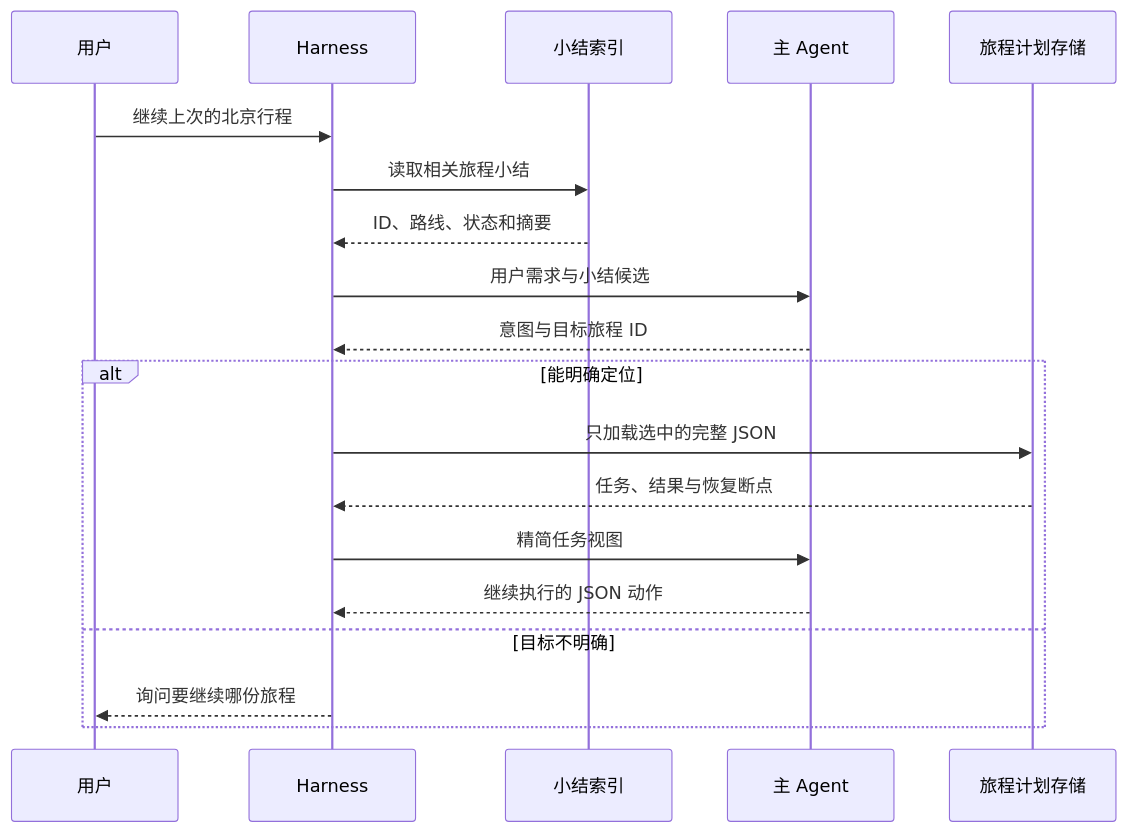
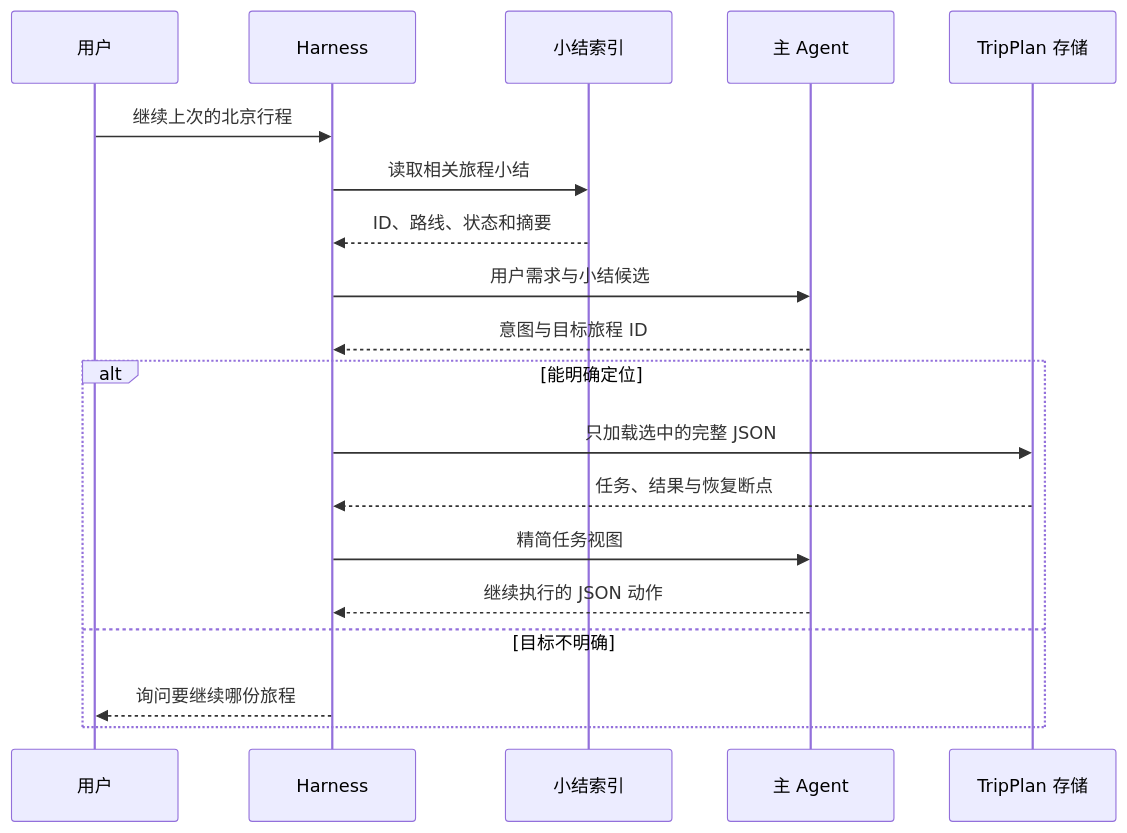
Before and after one commit to yzy703050-oss/trip-evidence-agent: the third of 3 diagrams in README.md, drawn with Mermaid. The commit also changed other lines of this file, not shown here.

Commit message:
docs: use TripPlan for the persisted travel object

````diff
--- a/README.md
+++ b/README.md
@@ -84,21 +84,21 @@
 ```mermaid
 sequenceDiagram
     participant U as 用户
     participant H as Harness
     participant S as 小结索引
     participant M as 主 Agent
-    participant W as 旅程计划存储
+    participant W as TripPlan 存储
     U->>H: 继续上次的北京行程
     H->>S: 读取相关旅程小结
     S-->>H: ID、路线、状态和摘要
     H->>M: 用户需求与小结候选
     M-->>H: 意图与目标旅程 ID
     alt 能明确定位
         H->>W: 只加载选中的完整 JSON
         W-->>H: 任务、结果与恢复断点
         H->>M: 精简任务视图
         M-->>H: 继续执行的 JSON 动作
     else 目标不明确
         H-->>U: 询问要继续哪份旅程
     end
 ```
````
